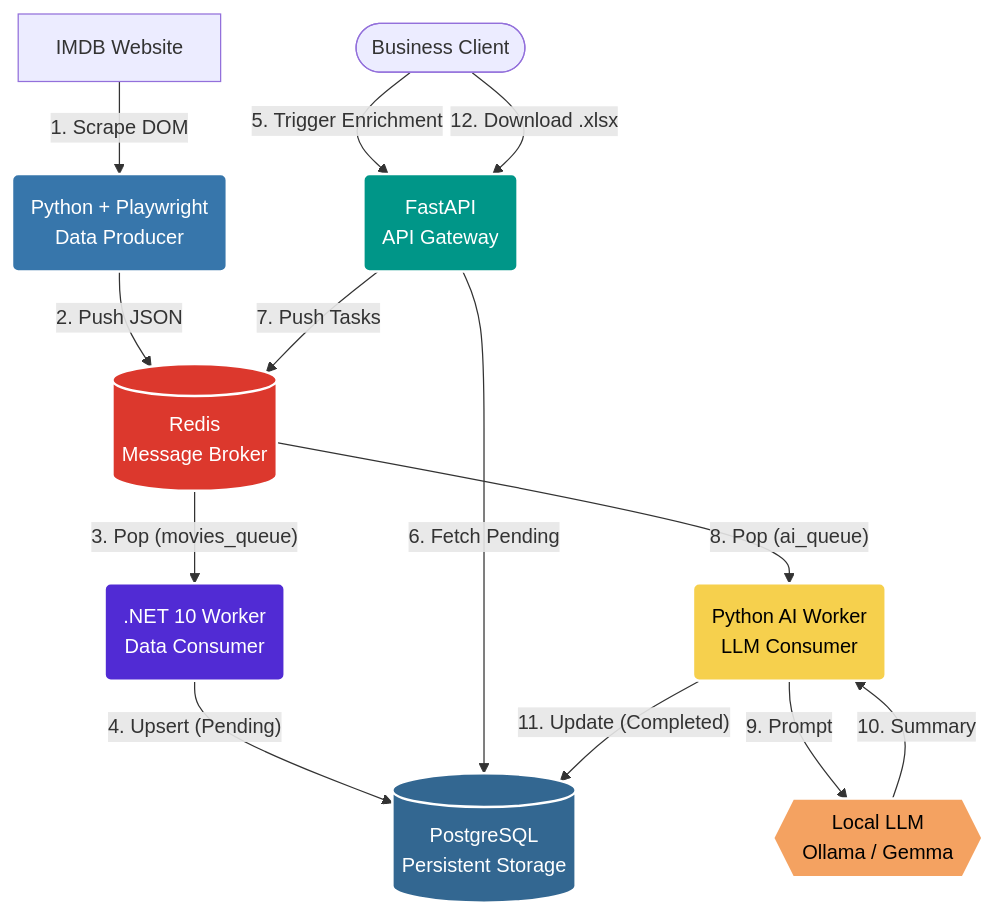
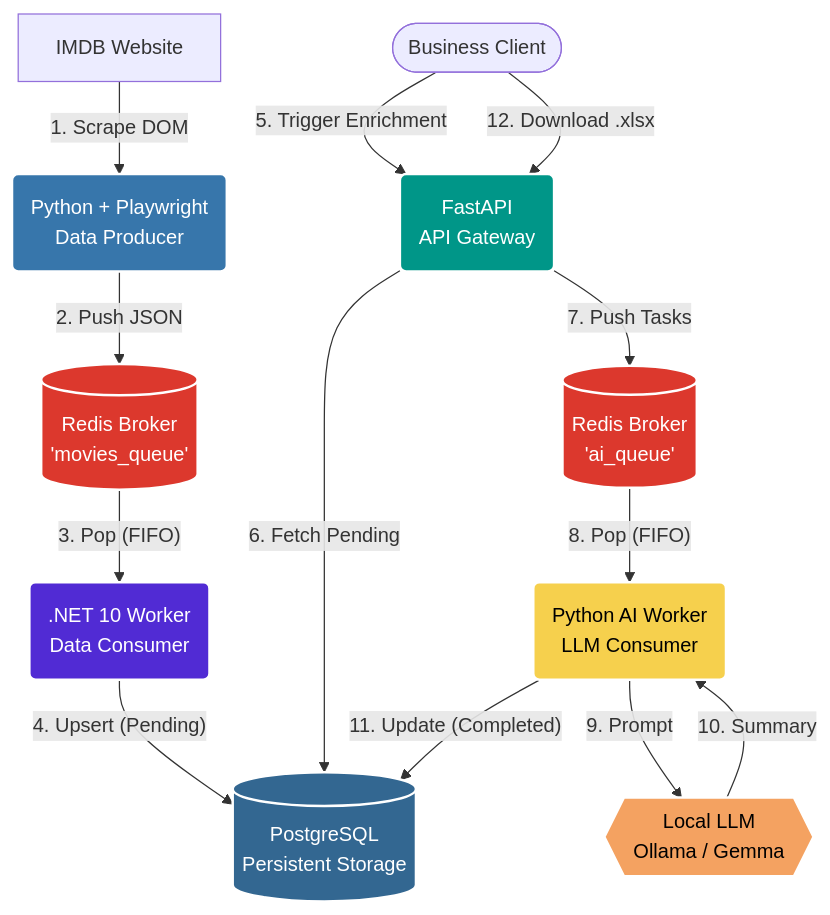
One commit to Legon2k/imdb-ai-pipeline changed the diagram in README.md. Above: the diagram before and after it, drawn with Mermaid. The commit also changed other lines of this file and 2 other files, not shown here.

Commit message:
docs: update components schema

````diff
--- a/README.md
+++ b/README.md
@@ -9,38 +9,40 @@
 ```mermaid
 graph TD
     %% Define Nodes
     Client([Business Client])
     IMDB[IMDB Website]
     Scraper(Python + Playwright<br/>Data Producer)
-    Redis[(Redis<br/>Message Broker)]
+    RedisMovies[(Redis Broker<br/>'movies_queue')]
     WorkerNET(.NET 10 Worker<br/>Data Consumer)
     DB[(PostgreSQL<br/>Persistent Storage)]
     API(FastAPI<br/>API Gateway)
+    RedisAI[(Redis Broker<br/>'ai_queue')]
     WorkerAI(Python AI Worker<br/>LLM Consumer)
     LLM{{Local LLM<br/>Ollama / Gemma}}
 
     %% Define Flow
     IMDB -- 1. Scrape DOM --> Scraper
-    Scraper -- 2. Push JSON --> Redis
-    Redis -- 3. Pop (movies_queue) --> WorkerNET
+    Scraper -- 2. Push JSON --> RedisMovies
+    RedisMovies -- 3. Pop (FIFO) --> WorkerNET
     WorkerNET -- 4. Upsert (Pending) --> DB
     
     Client -- 5. Trigger Enrichment --> API
     API -- 6. Fetch Pending --> DB
-    API -- 7. Push Tasks --> Redis
-    Redis -- 8. Pop (ai_queue) --> WorkerAI
+    API -- 7. Push Tasks --> RedisAI
+    RedisAI -- 8. Pop (FIFO) --> WorkerAI
     WorkerAI -- 9. Prompt --> LLM
     LLM -- 10. Summary --> WorkerAI
     WorkerAI -- 11. Update (Completed) --> DB
     
     Client -- 12. Download .xlsx --> API
 
     %% Styling
     style Scraper fill:#3776ab,stroke:#fff,stroke-width:2px,color:#fff
-    style Redis fill:#dc382d,stroke:#fff,stroke-width:2px,color:#fff
+    style RedisMovies fill:#dc382d,stroke:#fff,stroke-width:2px,color:#fff
+    style RedisAI fill:#dc382d,stroke:#fff,stroke-width:2px,color:#fff
     style WorkerNET fill:#512bd4,stroke:#fff,stroke-width:2px,color:#fff
     style DB fill:#336791,stroke:#fff,stroke-width:2px,color:#fff
     style API fill:#009688,stroke:#fff,stroke-width:2px,color:#fff
     style WorkerAI fill:#f6d04d,stroke:#fff,stroke-width:2px,color:#000
     style LLM fill:#f4a261,stroke:#fff,stroke-width:2px,color:#000
 ```
````
